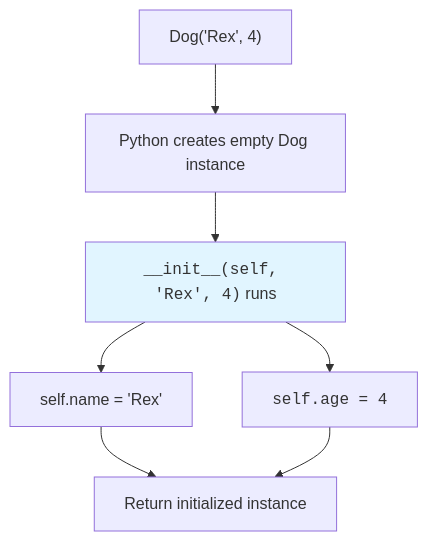
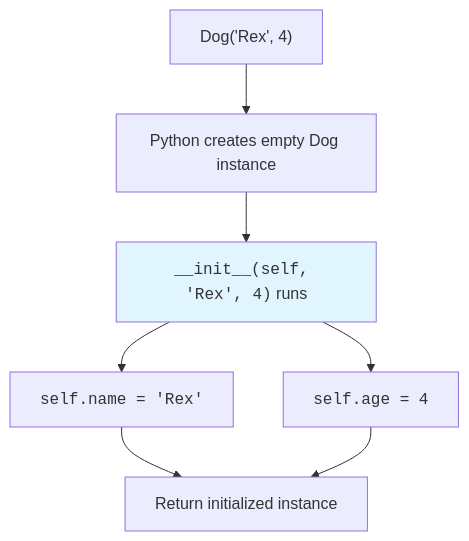
The first of 2 diagrams in content/learn/python-basics/classes.mdx (dataslope/dataslope), drawn with Mermaid before and after one commit. The commit also changed 100 other files, not shown here.

First line of the commit message:
Wrap more code in diagram labels: filenames, hex, assignments, subgraph titles

````diff
--- a/content/learn/python-basics/classes.mdx
+++ b/content/learn/python-basics/classes.mdx
@@ -67,10 +67,10 @@
 ```mermaid
 flowchart TD
     A["Dog('Rex', 4)"] --> B[Python creates empty Dog instance]
     B --> C["<code>__init__(self, 'Rex', 4)</code> runs"]
-    C --> D["self.name = 'Rex'"]
+    C --> D["<code>self.name = 'Rex'</code>"]
     C --> E["<code>self.age = 4</code>"]
     D --> F[Return initialized instance]
     E --> F
     style C fill:#e1f5ff
 ```
````
